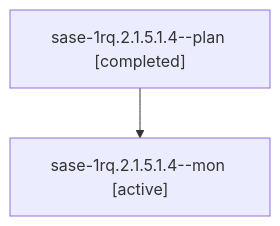
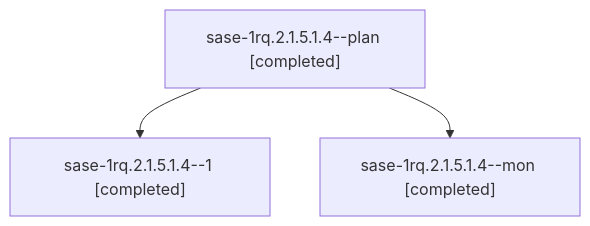
The diagram in sessions/bbugyi200.athena.sase-1rq.2.1.5.1.4.md (sase-org/sase--agents), drawn with Mermaid before and after one commit. The commit also changed other lines of this file and 138 other files, not shown here.

````diff
--- a/sessions/bbugyi200.athena.sase-1rq.2.1.5.1.4.md
+++ b/sessions/bbugyi200.athena.sase-1rq.2.1.5.1.4.md
@@ -9,6 +9,8 @@
 ```mermaid
 flowchart TD
   n0["sase-1rq.2.1.5.1.4--plan [completed]"]
-  n1["sase-1rq.2.1.5.1.4--mon [active]"]
+  n1["sase-1rq.2.1.5.1.4--1 [completed]"]
   n0 --> n1
+  n2["sase-1rq.2.1.5.1.4--mon [completed]"]
+  n0 --> n2
 ```
````
